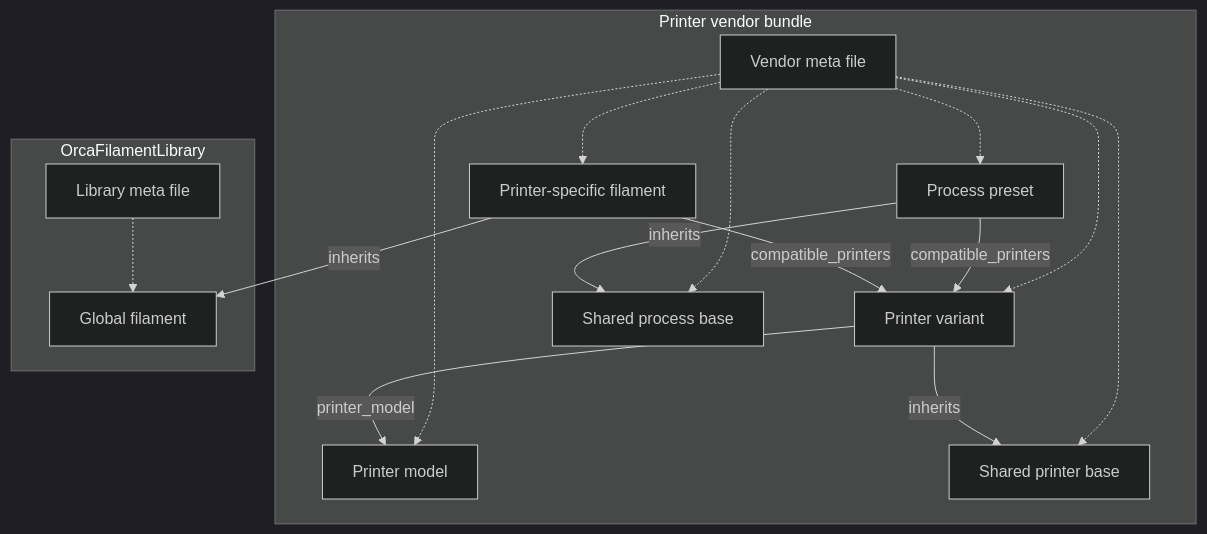
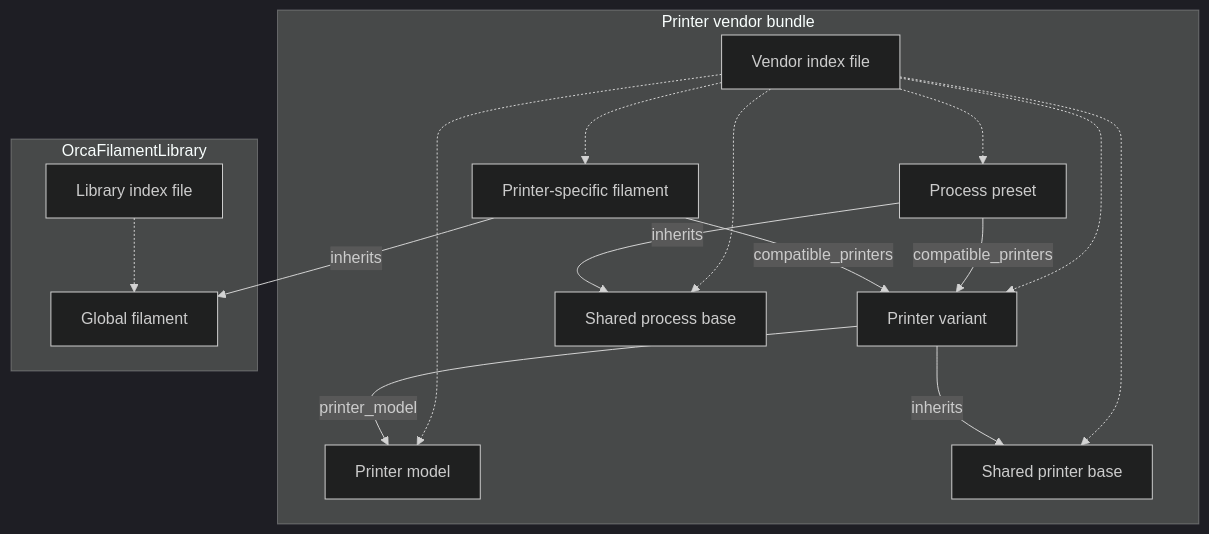
The diagram in developer_reference/how_to_create_profiles.md (NanashiTheNameless/OrcaSlicer_WIKI), drawn with Mermaid (dark theme) before and after one commit. The commit also changed other lines of this file, not shown here.

````diff
--- a/developer_reference/how_to_create_profiles.md
+++ b/developer_reference/how_to_create_profiles.md
@@ -63,32 +64,32 @@
 ```mermaid
 flowchart TB
     subgraph Vendor["Printer vendor bundle"]
-        Index["Vendor meta file"]
+        Index["Vendor index file"]
         Model["Printer model"]
         Machine["Printer variant"]
         MachineBase["Shared printer base"]
         Process["Process preset"]
         ProcessBase["Shared process base"]
         Filament["Printer-specific filament"]
 
         Index -.-> Model
         Index -.-> Machine
         Index -.-> MachineBase
         Index -.-> Process
         Index -.-> ProcessBase
         Index -.-> Filament
         Machine -->|printer_model| Model
         Machine -->|inherits| MachineBase
         Process -->|inherits| ProcessBase
         Process -->|compatible_printers| Machine
         Filament -->|compatible_printers| Machine
     end
 
     subgraph Library["OrcaFilamentLibrary"]
-        LibraryIndex["Library meta file"]
+        LibraryIndex["Library index file"]
         GlobalFilament["Global filament"]
         LibraryIndex -.-> GlobalFilament
     end
 
     Filament -->|inherits| GlobalFilament
 ```
````
